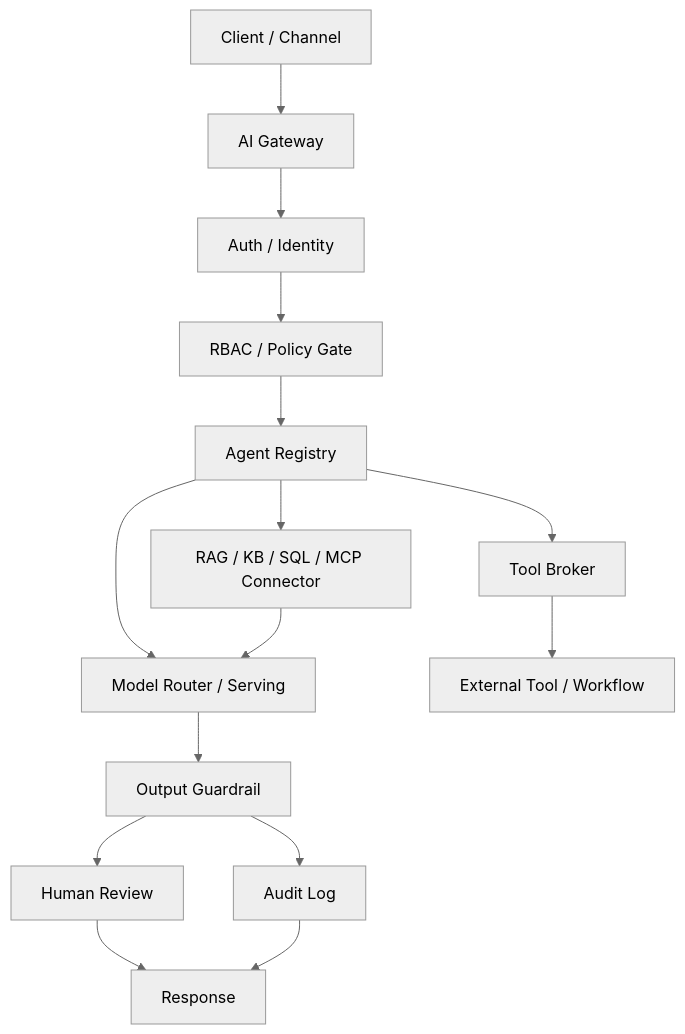
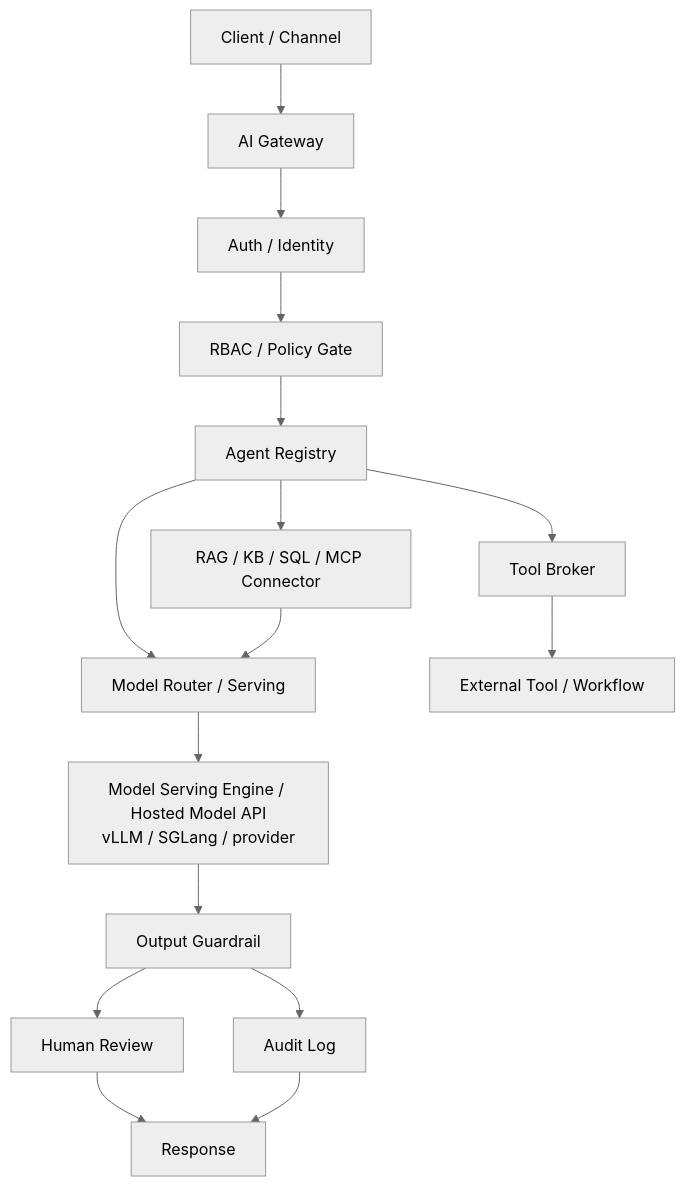
One commit to JasonLn0711/ai-systems-engineering-handbook changed the diagram in accelerators/enterprise-ai-architecture-sprint/day-01-ai-gateway/worksheet.md. Above: the diagram before and after it, drawn with Mermaid (neutral theme). The commit also changed other lines of this file and 7 other files, not shown here.

````diff
--- a/accelerators/enterprise-ai-architecture-sprint/day-01-ai-gateway/worksheet.md
+++ b/accelerators/enterprise-ai-architecture-sprint/day-01-ai-gateway/worksheet.md
@@ -284,17 +290,18 @@
 ```mermaid
 flowchart TD
     C[Client / Channel] --> G[AI Gateway]
     G --> I[Auth / Identity]
     I --> P[RBAC / Policy Gate]
     P --> AR[Agent Registry]
     AR --> TB[Tool Broker]
     AR --> DS[RAG / KB / SQL / MCP Connector]
     AR --> MR[Model Router / Serving]
+    MR --> MS[Model Serving Engine / Hosted Model API\nvLLM / SGLang / provider]
     TB --> EXT[External Tool / Workflow]
     DS --> MR
-    MR --> OG[Output Guardrail]
+    MS --> OG[Output Guardrail]
     OG --> AU[Audit Log]
     OG --> HR[Human Review]
     HR --> OUT[Response]
     AU --> OUT
 ```
````
